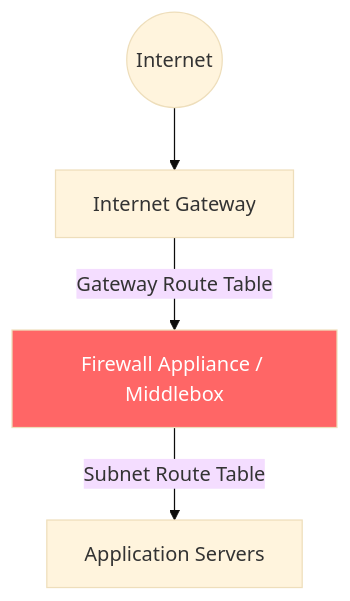
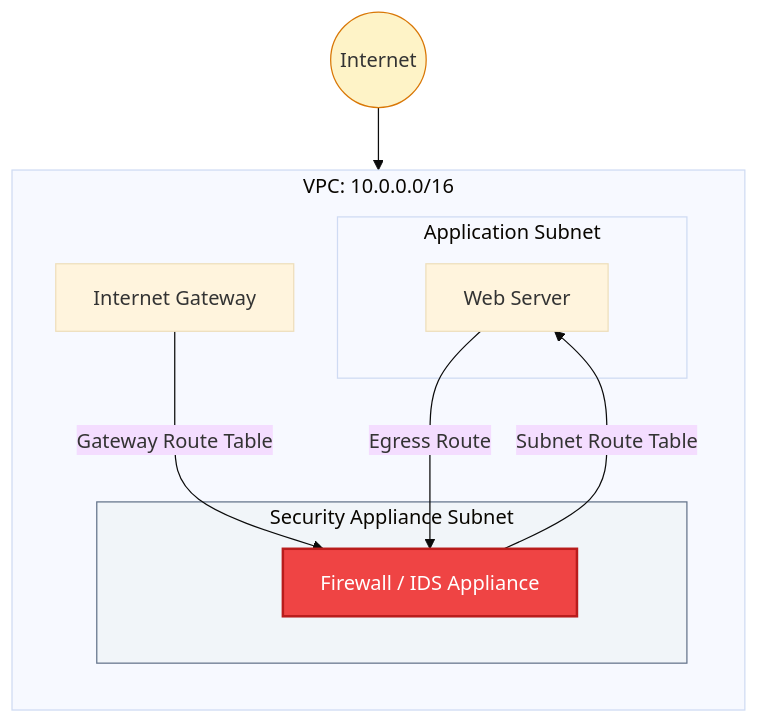
One commit to Ganil151/Devops changed the diagram in 2-Intermediate/01-Phase-1/01-Networking/04-Routing-and-Route-Tables/03-Gateway-Routing-and-Middleboxes/README.md. Above: the diagram before and after it, drawn with Mermaid (base theme). The commit also changed other lines of this file and 51 other files, not shown here.

````diff
--- a/2-Intermediate/01-Phase-1/01-Networking/04-Routing-and-Route-Tables/03-Gateway-Routing-and-Middleboxes/README.md
+++ b/2-Intermediate/01-Phase-1/01-Networking/04-Routing-and-Route-Tables/03-Gateway-Routing-and-Middleboxes/README.md
@@ -9,8 +5,23 @@
 ```mermaid
 graph TD
     Internet((Internet)) --> IGW[Internet Gateway]
-    IGW -->|Gateway Route Table| FW[Firewall Appliance / Middlebox]
-    FW -->|Subnet Route Table| App[Application Servers]
+    
+    subgraph VPC_Boundary[VPC: 10.0.0.0/16]
+        direction TB
+        subgraph Security_Zone[Security Appliance Subnet]
+            FW[Firewall / IDS Appliance]
+        end
+        
+        subgraph App_Zone[Application Subnet]
+            App[Web Server]
+        end
+        
+        IGW -->|Gateway Route Table| FW
+        FW -->|Subnet Route Table| App
+        App -->|Egress Route| FW
+    end
 
-style FW fill:#ff6666,color:#fff
+    style FW fill:#ef4444,stroke:#b91c1c,stroke-width:2px,color:#fff
+    style Security_Zone fill:#f1f5f9,stroke:#64748b
+    style Internet fill:#fef3c7,stroke:#d97706
 ```
````
